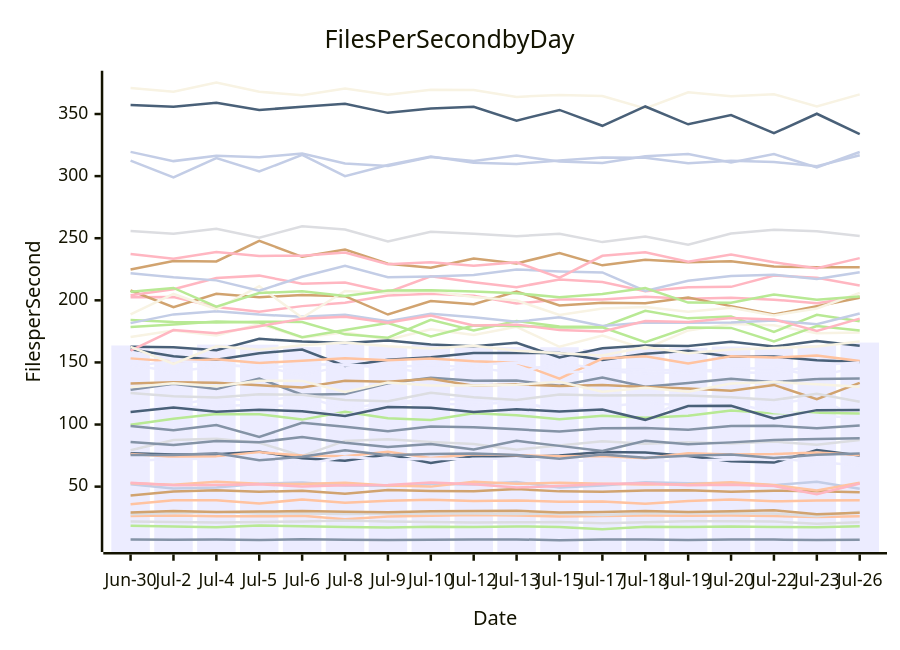
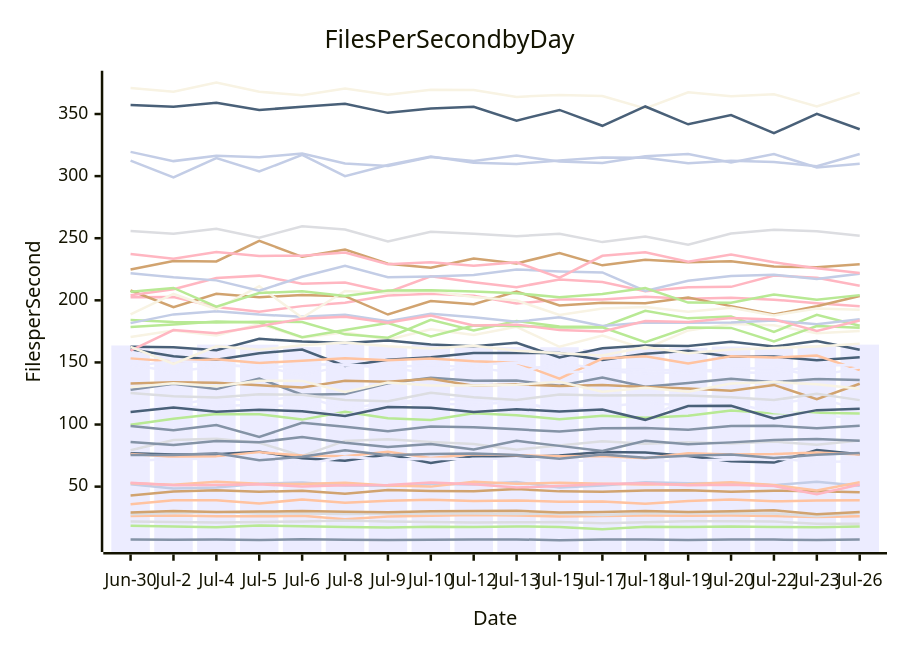
Before and after one commit to streetsidesoftware/cspell: the diagram in perf-report.md, drawn with Mermaid. The commit also changed other lines of this file and 1 other file, not shown here.

````diff
--- a/perf-report.md
+++ b/perf-report.md
@@ -10,57 +10,57 @@
 ```mermaid
 xychart-beta
     title Files Per Second by Day
     y-axis Files per Second
     x-axis Date [Jun-30, Jul-2, Jul-4, Jul-5, Jul-6, Jul-8, Jul-9, Jul-10, Jul-12, Jul-13, Jul-15, Jul-17, Jul-18, Jul-19, Jul-20, Jul-22, Jul-23, Jul-26]
-    bar [163.65, 160.66, 164.38, 164.27, 162.48, 164.83, 163.05, 164.68, 163.19, 162.43, 162.24, 160.81, 162.11, 161.80, 162.84, 161.83, 163.82, 165.99]
-    line [7.37, 7.23, 7.36, 6.99, 7.61, 7.24, 7.01, 7.27, 7.49, 7.49, 6.93, 7.35, 7.41, 7.13, 7.42, 7.37, 6.94, 7.32]
-    line [26.35, 26.84, 26.11, 26.06, 26.52, 23.76, 25.86, 26.61, 27.13, 26.83, 25.90, 26.40, 26.69, 26.50, 26.68, 26.34, 25.46, 26.22]
-    line [27.82, 28.74, 29.48, 28.36, 28.34, 27.98, 28.10, 28.43, 28.38, 28.02, 28.20, 27.23, 28.58, 28.56, 28.51, 28.41, 26.08, 29.80]
-    line [18.49, 17.94, 17.30, 18.64, 18.07, 17.45, 17.16, 17.77, 17.48, 17.96, 17.52, 15.60, 17.77, 17.44, 17.98, 17.51, 17.20, 18.06]
-    line [42.95, 46.17, 47.03, 45.86, 46.70, 44.23, 47.36, 46.58, 46.27, 47.99, 46.18, 45.89, 46.88, 47.09, 45.82, 46.71, 46.24, 45.42]
-    line [52.00, 48.43, 49.22, 52.34, 53.26, 50.86, 50.66, 52.36, 51.79, 53.82, 49.25, 50.85, 53.53, 52.69, 53.02, 51.19, 53.86, 48.32]
-    line [202.54, 202.72, 194.67, 190.86, 195.33, 197.97, 203.94, 205.22, 203.61, 197.40, 200.74, 200.72, 202.94, 201.36, 202.08, 200.55, 197.73, 202.95]
-    line [160.69, 154.94, 152.23, 157.47, 160.32, 147.14, 152.12, 154.25, 157.55, 157.57, 157.54, 152.05, 156.89, 159.37, 154.51, 154.84, 151.75, 150.40]
-    line [170.49, 175.75, 171.75, 180.95, 169.97, 174.21, 168.28, 176.77, 172.02, 178.72, 162.59, 171.56, 160.94, 175.73, 180.87, 179.86, 173.49, 174.07]
-    line [109.29, 115.47, 121.09, 119.06, 122.86, 112.77, 117.49, 120.30, 120.41, 118.48, 111.84, 112.66, 103.82, 121.72, 123.96, 116.30, 121.57, 105.23]
-    line [127.99, 132.91, 128.52, 136.97, 123.97, 124.67, 133.15, 137.66, 135.26, 135.39, 131.25, 137.83, 130.35, 133.37, 136.93, 134.10, 136.61, 137.06]
-    line [52.69, 51.50, 53.98, 52.25, 52.09, 53.03, 50.88, 50.01, 53.83, 52.41, 53.08, 52.40, 51.77, 52.01, 53.58, 51.27, 46.96, 53.09]
-    line [79.34, 87.51, 88.59, 85.26, 74.62, 86.80, 88.24, 86.00, 84.39, 79.74, 83.17, 86.61, 84.55, 85.67, 84.70, 86.32, 83.67, 87.51]
-    line [99.90, 104.63, 108.43, 108.27, 103.96, 110.20, 105.06, 103.60, 109.02, 107.38, 104.33, 107.04, 105.42, 107.07, 111.31, 108.98, 109.47, 108.82]
-    line [133.08, 134.05, 133.73, 131.56, 129.78, 135.18, 134.44, 136.88, 131.27, 132.43, 131.04, 131.83, 130.19, 128.92, 127.23, 131.88, 120.40, 133.51]
-    line [312.54, 298.93, 314.56, 303.69, 317.11, 300.01, 308.91, 315.76, 310.85, 309.84, 312.53, 315.03, 314.69, 310.30, 312.46, 311.42, 307.91, 316.74]
-    line [53.06, 51.19, 51.40, 51.86, 50.10, 51.21, 51.39, 53.37, 51.98, 49.24, 50.53, 52.10, 52.76, 51.07, 51.44, 50.43, 43.97, 52.56]
-    line [76.89, 75.88, 76.09, 78.08, 72.78, 70.79, 75.77, 69.10, 74.66, 73.66, 75.08, 77.97, 77.53, 74.65, 70.42, 69.35, 79.56, 75.10]
-    line [129.95, 133.16, 130.87, 135.23, 135.13, 126.22, 133.87, 131.35, 131.34, 131.95, 134.40, 126.35, 129.62, 126.47, 133.10, 134.27, 132.41, 130.42]
-    line [111.22, 113.18, 115.07, 115.63, 114.45, 106.87, 117.37, 116.66, 116.21, 118.14, 111.02, 114.16, 117.75, 114.86, 117.38, 110.16, 107.68, 104.90]
-    line [98.76, 95.34, 99.55, 90.07, 101.41, 98.21, 94.52, 98.50, 97.78, 96.17, 94.33, 97.04, 97.24, 95.75, 98.78, 99.06, 97.00, 99.15]
-    line [76.23, 74.07, 74.35, 77.62, 75.07, 74.46, 78.13, 73.01, 75.98, 75.26, 74.39, 74.57, 72.87, 76.84, 75.79, 76.25, 77.55, 75.47]
-    line [21.90, 21.51, 21.13, 21.43, 22.00, 22.72, 21.87, 21.57, 21.20, 21.36, 21.51, 20.58, 21.30, 22.19, 22.10, 21.88, 20.15, 21.33]
-    line [184.14, 182.56, 182.17, 182.82, 182.50, 172.62, 169.88, 184.28, 175.71, 183.39, 178.90, 178.60, 191.51, 185.47, 186.89, 174.56, 188.32, 183.18]
-    line [207.89, 194.40, 205.29, 202.49, 204.26, 203.31, 188.55, 199.47, 196.87, 207.15, 195.83, 198.09, 197.68, 202.31, 195.34, 188.56, 195.30, 202.02]
-    line [181.62, 188.67, 191.18, 188.53, 186.82, 188.38, 183.25, 189.14, 186.31, 182.67, 186.39, 179.31, 182.07, 181.92, 182.11, 183.75, 180.78, 189.40]
-    line [204.16, 208.94, 217.94, 219.88, 213.33, 214.36, 206.61, 219.33, 214.62, 210.58, 216.81, 214.69, 207.39, 210.58, 210.83, 219.91, 218.25, 211.97]
-    line [162.55, 162.26, 159.82, 169.05, 166.75, 165.64, 167.61, 164.48, 163.07, 165.84, 153.93, 161.48, 163.65, 163.25, 166.55, 162.82, 167.25, 163.44]
-    line [188.60, 205.11, 192.90, 211.35, 185.93, 207.58, 205.87, 207.35, 202.66, 199.84, 188.27, 193.42, 194.63, 190.82, 194.01, 187.89, 193.41, 205.98]
-    line [70.54, 72.17, 72.40, 75.76, 67.72, 74.05, 71.58, 72.37, 72.08, 72.80, 70.30, 71.38, 70.52, 71.04, 71.91, 72.70, 69.86, 67.08]
-    line [75.51, 75.45, 76.79, 71.21, 73.99, 79.33, 75.23, 76.27, 76.63, 75.41, 72.48, 75.77, 73.22, 74.96, 75.84, 73.04, 75.74, 76.60]
-    line [153.26, 150.82, 152.56, 149.61, 151.37, 153.34, 151.79, 153.10, 150.91, 149.71, 136.98, 153.14, 154.96, 149.05, 154.95, 153.94, 155.48, 151.14]
-    line [125.39, 122.70, 121.73, 124.30, 123.97, 119.80, 118.70, 125.49, 121.97, 119.76, 124.17, 123.39, 123.52, 123.46, 121.92, 119.72, 124.69, 118.30]
-    line [178.52, 180.47, 182.90, 182.10, 170.31, 176.15, 181.65, 170.98, 179.72, 179.37, 178.07, 178.35, 166.36, 178.14, 177.77, 166.91, 179.23, 175.62]
-    line [29.25, 30.37, 29.62, 29.89, 30.35, 29.68, 29.34, 30.24, 30.35, 30.53, 29.15, 29.59, 30.29, 29.57, 30.13, 31.01, 27.77, 28.91]
-    line [221.76, 218.49, 216.06, 207.77, 218.95, 227.80, 218.56, 219.23, 220.42, 224.78, 223.29, 222.43, 207.49, 215.75, 219.62, 220.62, 217.24, 222.53]
-    line [159.53, 176.05, 173.54, 179.14, 185.15, 186.71, 181.92, 187.82, 179.82, 180.43, 176.01, 174.98, 183.26, 182.49, 185.76, 184.64, 175.39, 185.30]
-    line [110.15, 113.68, 110.37, 111.97, 110.64, 106.95, 114.12, 113.53, 110.15, 112.38, 110.43, 112.10, 103.78, 114.93, 115.08, 104.93, 111.58, 111.68]
-    line [370.89, 367.90, 375.27, 367.85, 365.20, 370.59, 365.59, 369.56, 369.35, 363.79, 365.39, 364.51, 354.54, 367.49, 364.21, 365.97, 356.16, 365.82]
-    line [146.87, 151.06, 149.73, 144.88, 148.36, 148.23, 146.43, 140.41, 147.84, 149.86, 141.85, 143.07, 141.02, 142.51, 144.87, 145.54, 138.82, 146.46]
-    line [86.02, 83.48, 86.69, 85.83, 89.91, 85.41, 81.93, 84.31, 79.99, 86.85, 82.81, 78.74, 86.89, 84.13, 85.63, 87.55, 88.29, 88.90]
-    line [35.86, 38.94, 38.99, 36.38, 39.71, 37.09, 38.73, 39.43, 38.35, 38.90, 37.77, 38.11, 36.22, 38.46, 39.54, 38.13, 38.75, 39.03]
-    line [255.76, 253.64, 257.67, 250.47, 259.54, 257.07, 247.35, 255.25, 253.55, 251.59, 253.64, 246.87, 251.37, 244.82, 253.83, 256.85, 255.68, 251.86]
-    line [206.96, 210.00, 194.85, 205.89, 207.36, 203.52, 207.94, 208.03, 207.20, 205.62, 202.48, 205.11, 209.83, 198.16, 198.05, 204.69, 200.38, 203.02]
-    line [224.78, 231.59, 231.28, 247.94, 235.03, 240.95, 229.51, 226.18, 233.66, 229.73, 238.10, 228.16, 232.72, 230.57, 231.48, 227.16, 226.70, 226.60]
-    line [319.52, 312.08, 316.35, 315.20, 318.22, 310.11, 308.24, 315.35, 312.26, 316.54, 311.74, 310.63, 315.98, 317.85, 311.01, 317.69, 306.96, 319.39]
-    line [237.23, 233.45, 238.97, 235.75, 235.89, 238.48, 229.00, 230.57, 227.85, 230.59, 218.19, 235.84, 238.63, 231.13, 236.94, 230.60, 225.84, 233.97]
-    line [357.30, 355.80, 359.03, 353.22, 355.88, 358.26, 350.93, 354.34, 355.82, 344.62, 353.27, 340.52, 356.06, 341.72, 349.11, 334.55, 350.21, 333.71]
-    line [162.47, 148.90, 163.02, 160.27, 163.84, 166.09, 162.99, 161.12, 163.50, 159.47, 157.31, 155.54, 162.49, 157.44, 160.47, 161.66, 162.86, 166.80]
-    line [148.34, 142.33, 146.88, 147.38, 139.67, 147.61, 146.15, 148.02, 145.81, 141.78, 149.87, 144.29, 144.20, 143.50, 142.28, 141.37, 147.86, 149.89]
+    bar [163.65, 160.66, 164.38, 164.27, 162.48, 164.83, 163.05, 164.68, 163.19, 162.43, 162.24, 160.81, 162.11, 161.80, 162.84, 161.83, 163.82, 164.32]
+    line [7.37, 7.23, 7.36, 6.99, 7.61, 7.24, 7.01, 7.27, 7.49, 7.49, 6.93, 7.35, 7.41, 7.13, 7.42, 7.37, 6.94, 7.34]
+    line [26.35, 26.84, 26.11, 26.06, 26.52, 23.76, 25.86, 26.61, 27.13, 26.83, 25.90, 26.40, 26.69, 26.50, 26.68, 26.34, 25.46, 26.08]
+    line [27.82, 28.74, 29.48, 28.36, 28.34, 27.98, 28.10, 28.43, 28.38, 28.02, 28.20, 27.23, 28.58, 28.56, 28.51, 28.41, 26.08, 28.71]
+    line [18.49, 17.94, 17.30, 18.64, 18.07, 17.45, 17.16, 17.77, 17.48, 17.96, 17.52, 15.60, 17.77, 17.44, 17.98, 17.51, 17.20, 17.96]
+    line [42.95, 46.17, 47.03, 45.86, 46.70, 44.23, 47.36, 46.58, 46.27, 47.99, 46.18, 45.89, 46.88, 47.09, 45.82, 46.71, 46.24, 45.49]
+    line [52.00, 48.43, 49.22, 52.34, 53.26, 50.86, 50.66, 52.36, 51.79, 53.82, 49.25, 50.85, 53.53, 52.69, 53.02, 51.19, 53.86, 50.78]
+    line [202.54, 202.72, 194.67, 190.86, 195.33, 197.97, 203.94, 205.22, 203.61, 197.40, 200.74, 200.72, 202.94, 201.36, 202.08, 200.55, 197.73, 195.25]
+    line [160.69, 154.94, 152.23, 157.47, 160.32, 147.14, 152.12, 154.25, 157.55, 157.57, 157.54, 152.05, 156.89, 159.37, 154.51, 154.84, 151.75, 154.10]
+    line [170.49, 175.75, 171.75, 180.95, 169.97, 174.21, 168.28, 176.77, 172.02, 178.72, 162.59, 171.56, 160.94, 175.73, 180.87, 179.86, 173.49, 175.22]
+    line [109.29, 115.47, 121.09, 119.06, 122.86, 112.77, 117.49, 120.30, 120.41, 118.48, 111.84, 112.66, 103.82, 121.72, 123.96, 116.30, 121.57, 112.16]
+    line [127.99, 132.91, 128.52, 136.97, 123.97, 124.67, 133.15, 137.66, 135.26, 135.39, 131.25, 137.83, 130.35, 133.37, 136.93, 134.10, 136.61, 135.79]
+    line [52.69, 51.50, 53.98, 52.25, 52.09, 53.03, 50.88, 50.01, 53.83, 52.41, 53.08, 52.40, 51.77, 52.01, 53.58, 51.27, 46.96, 53.48]
+    line [79.34, 87.51, 88.59, 85.26, 74.62, 86.80, 88.24, 86.00, 84.39, 79.74, 83.17, 86.61, 84.55, 85.67, 84.70, 86.32, 83.67, 87.12]
+    line [99.90, 104.63, 108.43, 108.27, 103.96, 110.20, 105.06, 103.60, 109.02, 107.38, 104.33, 107.04, 105.42, 107.07, 111.31, 108.98, 109.47, 108.84]
+    line [133.08, 134.05, 133.73, 131.56, 129.78, 135.18, 134.44, 136.88, 131.27, 132.43, 131.04, 131.83, 130.19, 128.92, 127.23, 131.88, 120.40, 132.81]
+    line [312.54, 298.93, 314.56, 303.69, 317.11, 300.01, 308.91, 315.76, 310.85, 309.84, 312.53, 315.03, 314.69, 310.30, 312.46, 311.42, 307.91, 317.83]
+    line [53.06, 51.19, 51.40, 51.86, 50.10, 51.21, 51.39, 53.37, 51.98, 49.24, 50.53, 52.10, 52.76, 51.07, 51.44, 50.43, 43.97, 51.67]
+    line [76.89, 75.88, 76.09, 78.08, 72.78, 70.79, 75.77, 69.10, 74.66, 73.66, 75.08, 77.97, 77.53, 74.65, 70.42, 69.35, 79.56, 76.05]
+    line [129.95, 133.16, 130.87, 135.23, 135.13, 126.22, 133.87, 131.35, 131.34, 131.95, 134.40, 126.35, 129.62, 126.47, 133.10, 134.27, 132.41, 128.75]
+    line [111.22, 113.18, 115.07, 115.63, 114.45, 106.87, 117.37, 116.66, 116.21, 118.14, 111.02, 114.16, 117.75, 114.86, 117.38, 110.16, 107.68, 105.10]
+    line [98.76, 95.34, 99.55, 90.07, 101.41, 98.21, 94.52, 98.50, 97.78, 96.17, 94.33, 97.04, 97.24, 95.75, 98.78, 99.06, 97.00, 99.07]
+    line [76.23, 74.07, 74.35, 77.62, 75.07, 74.46, 78.13, 73.01, 75.98, 75.26, 74.39, 74.57, 72.87, 76.84, 75.79, 76.25, 77.55, 75.81]
+    line [21.90, 21.51, 21.13, 21.43, 22.00, 22.72, 21.87, 21.57, 21.20, 21.36, 21.51, 20.58, 21.30, 22.19, 22.10, 21.88, 20.15, 20.04]
+    line [184.14, 182.56, 182.17, 182.82, 182.50, 172.62, 169.88, 184.28, 175.71, 183.39, 178.90, 178.60, 191.51, 185.47, 186.89, 174.56, 188.32, 179.58]
+    line [207.89, 194.40, 205.29, 202.49, 204.26, 203.31, 188.55, 199.47, 196.87, 207.15, 195.83, 198.09, 197.68, 202.31, 195.34, 188.56, 195.30, 203.49]
+    line [181.62, 188.67, 191.18, 188.53, 186.82, 188.38, 183.25, 189.14, 186.31, 182.67, 186.39, 179.31, 182.07, 181.92, 182.11, 183.75, 180.78, 184.81]
+    line [204.16, 208.94, 217.94, 219.88, 213.33, 214.36, 206.61, 219.33, 214.62, 210.58, 216.81, 214.69, 207.39, 210.58, 210.83, 219.91, 218.25, 211.67]
+    line [162.55, 162.26, 159.82, 169.05, 166.75, 165.64, 167.61, 164.48, 163.07, 165.84, 153.93, 161.48, 163.65, 163.25, 166.55, 162.82, 167.25, 160.14]
+    line [188.60, 205.11, 192.90, 211.35, 185.93, 207.58, 205.87, 207.35, 202.66, 199.84, 188.27, 193.42, 194.63, 190.82, 194.01, 187.89, 193.41, 192.42]
+    line [70.54, 72.17, 72.40, 75.76, 67.72, 74.05, 71.58, 72.37, 72.08, 72.80, 70.30, 71.38, 70.52, 71.04, 71.91, 72.70, 69.86, 70.37]
+    line [75.51, 75.45, 76.79, 71.21, 73.99, 79.33, 75.23, 76.27, 76.63, 75.41, 72.48, 75.77, 73.22, 74.96, 75.84, 73.04, 75.74, 77.07]
+    line [153.26, 150.82, 152.56, 149.61, 151.37, 153.34, 151.79, 153.10, 150.91, 149.71, 136.98, 153.14, 154.96, 149.05, 154.95, 153.94, 155.48, 143.79]
+    line [125.39, 122.70, 121.73, 124.30, 123.97, 119.80, 118.70, 125.49, 121.97, 119.76, 124.17, 123.39, 123.52, 123.46, 121.92, 119.72, 124.69, 119.65]
+    line [178.52, 180.47, 182.90, 182.10, 170.31, 176.15, 181.65, 170.98, 179.72, 179.37, 178.07, 178.35, 166.36, 178.14, 177.77, 166.91, 179.23, 177.92]
+    line [29.25, 30.37, 29.62, 29.89, 30.35, 29.68, 29.34, 30.24, 30.35, 30.53, 29.15, 29.59, 30.29, 29.57, 30.13, 31.01, 27.77, 29.48]
+    line [221.76, 218.49, 216.06, 207.77, 218.95, 227.80, 218.56, 219.23, 220.42, 224.78, 223.29, 222.43, 207.49, 215.75, 219.62, 220.62, 217.24, 221.48]
+    line [159.53, 176.05, 173.54, 179.14, 185.15, 186.71, 181.92, 187.82, 179.82, 180.43, 176.01, 174.98, 183.26, 182.49, 185.76, 184.64, 175.39, 183.80]
+    line [110.15, 113.68, 110.37, 111.97, 110.64, 106.95, 114.12, 113.53, 110.15, 112.38, 110.43, 112.10, 103.78, 114.93, 115.08, 104.93, 111.58, 112.75]
+    line [370.89, 367.90, 375.27, 367.85, 365.20, 370.59, 365.59, 369.56, 369.35, 363.79, 365.39, 364.51, 354.54, 367.49, 364.21, 365.97, 356.16, 367.24]
+    line [146.87, 151.06, 149.73, 144.88, 148.36, 148.23, 146.43, 140.41, 147.84, 149.86, 141.85, 143.07, 141.02, 142.51, 144.87, 145.54, 138.82, 146.01]
+    line [86.02, 83.48, 86.69, 85.83, 89.91, 85.41, 81.93, 84.31, 79.99, 86.85, 82.81, 78.74, 86.89, 84.13, 85.63, 87.55, 88.29, 86.90]
+    line [35.86, 38.94, 38.99, 36.38, 39.71, 37.09, 38.73, 39.43, 38.35, 38.90, 37.77, 38.11, 36.22, 38.46, 39.54, 38.13, 38.75, 38.94]
+    line [255.76, 253.64, 257.67, 250.47, 259.54, 257.07, 247.35, 255.25, 253.55, 251.59, 253.64, 246.87, 251.37, 244.82, 253.83, 256.85, 255.68, 251.95]
+    line [206.96, 210.00, 194.85, 205.89, 207.36, 203.52, 207.94, 208.03, 207.20, 205.62, 202.48, 205.11, 209.83, 198.16, 198.05, 204.69, 200.38, 204.18]
+    line [224.78, 231.59, 231.28, 247.94, 235.03, 240.95, 229.51, 226.18, 233.66, 229.73, 238.10, 228.16, 232.72, 230.57, 231.48, 227.16, 226.70, 229.01]
+    line [319.52, 312.08, 316.35, 315.20, 318.22, 310.11, 308.24, 315.35, 312.26, 316.54, 311.74, 310.63, 315.98, 317.85, 311.01, 317.69, 306.96, 309.97]
+    line [237.23, 233.45, 238.97, 235.75, 235.89, 238.48, 229.00, 230.57, 227.85, 230.59, 218.19, 235.84, 238.63, 231.13, 236.94, 230.60, 225.84, 222.04]
+    line [357.30, 355.80, 359.03, 353.22, 355.88, 358.26, 350.93, 354.34, 355.82, 344.62, 353.27, 340.52, 356.06, 341.72, 349.11, 334.55, 350.21, 337.72]
+    line [162.47, 148.90, 163.02, 160.27, 163.84, 166.09, 162.99, 161.12, 163.50, 159.47, 157.31, 155.54, 162.49, 157.44, 160.47, 161.66, 162.86, 164.94]
+    line [148.34, 142.33, 146.88, 147.38, 139.67, 147.61, 146.15, 148.02, 145.81, 141.78, 149.87, 144.29, 144.20, 143.50, 142.28, 141.37, 147.86, 147.77]
 ```
````
